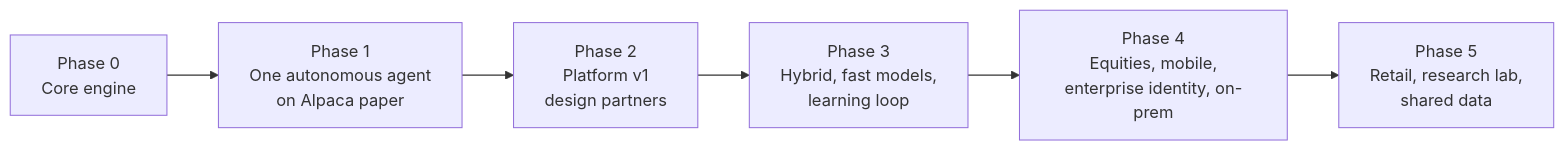
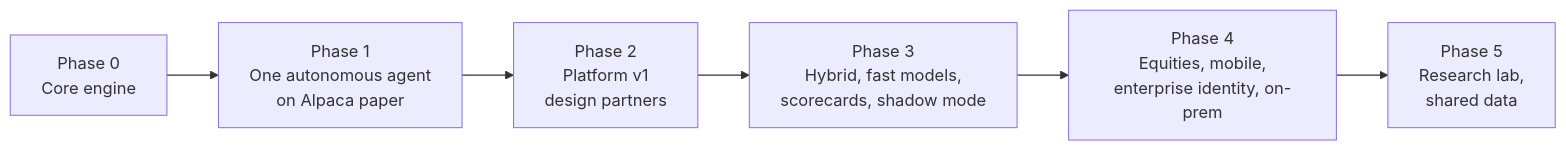
The diagram in docs/product/05-roadmap.md (kunwarshivam/mandate), drawn with Mermaid before and after one commit. The commit also changed other lines of this file and 13 other files, not shown here.

````diff
--- a/docs/product/05-roadmap.md
+++ b/docs/product/05-roadmap.md
@@ -11,8 +11,8 @@
 ```mermaid
 flowchart LR
     P0["Phase 0<br/>Core engine"] --> P1["Phase 1<br/>One autonomous agent<br/>on Alpaca paper"]
     P1 --> P2["Phase 2<br/>Platform v1<br/>design partners"]
-    P2 --> P3["Phase 3<br/>Hybrid, fast models,<br/>learning loop"]
+    P2 --> P3["Phase 3<br/>Hybrid, fast models,<br/>scorecards, shadow mode"]
     P3 --> P4["Phase 4<br/>Equities, mobile,<br/>enterprise identity, on-prem"]
-    P4 --> P5["Phase 5<br/>Retail, research lab,<br/>shared data"]
+    P4 --> P5["Phase 5<br/>Research lab,<br/>shared data"]
 ```
````
